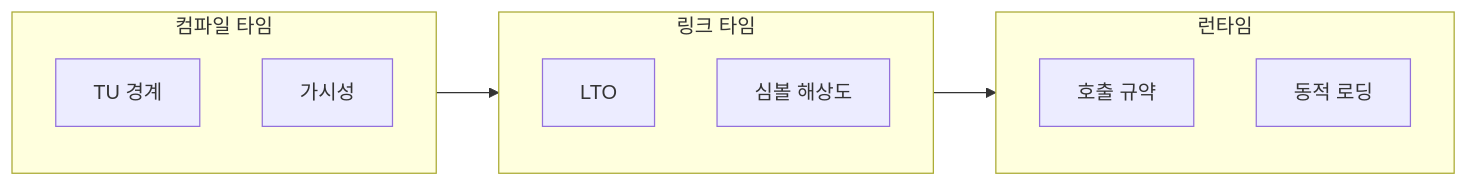
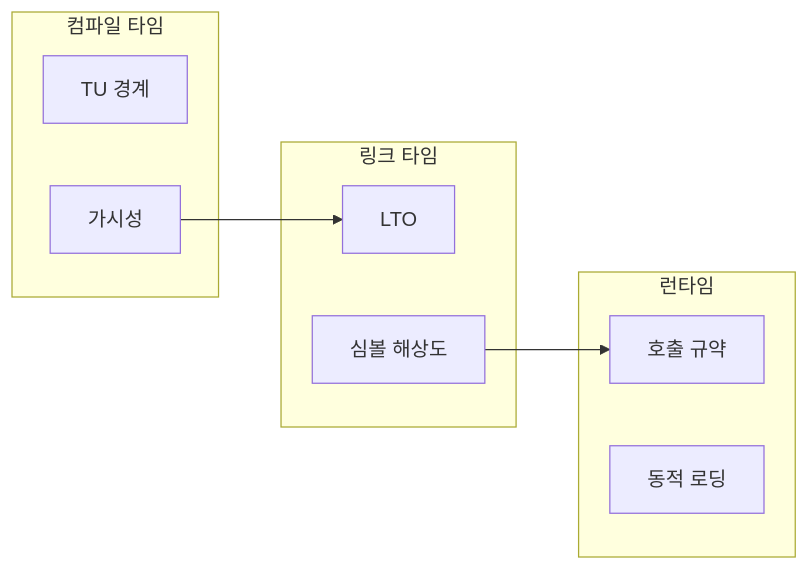
One commit to 42jerrykim/42jerrykim.github.io changed the diagram in content/collection/optimization-01-cpp-language/18-abi-link-performance-boundaries/index.md. Above: the diagram before and after it, drawn with Mermaid. The commit also changed 3 other files, not shown here.

First line of the commit message:
fix(cpp-optimization): fix mermaid syntax errors in optimization-01-cpp-language

````diff
--- a/content/collection/optimization-01-cpp-language/18-abi-link-performance-boundaries/index.md
+++ b/content/collection/optimization-01-cpp-language/18-abi-link-performance-boundaries/index.md
@@ -177,17 +177,17 @@
 ```mermaid
 flowchart LR
   subgraph compile [컴파일 타임]
     A["TU 경계"]
     B["가시성"]
   end
   subgraph link [링크 타임]
     C["LTO"]
     D["심볼 해상도"]
   end
   subgraph run [런타임]
     E["호출 규약"]
     F["동적 로딩"]
   end
-  compile --> link
-  link --> run
+  B --> C
+  D --> E
 ```
````
